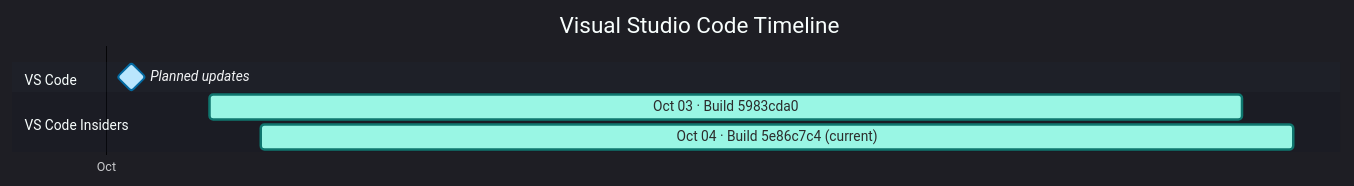
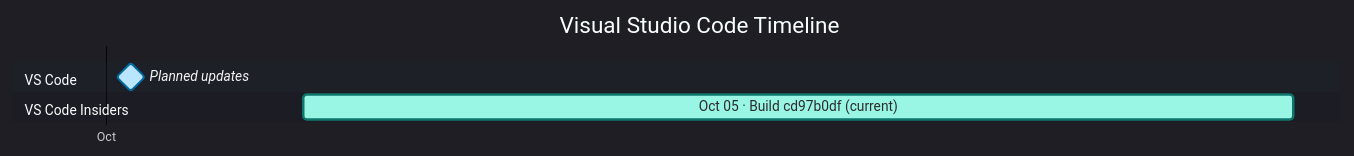
One commit to Oxelya-DevTools/VisualStudioUpdate changed the diagram in docs/vscode.md. Above: the diagram before and after it, drawn with Mermaid. The commit also changed other lines of this file and 1 other file, not shown here.

````diff
--- a/docs/vscode.md
+++ b/docs/vscode.md
@@ -9,13 +9,12 @@
 ```mermaid
 %%{init: {'theme':'dark','themeVariables': { 'fontFamily': 'Segoe UI', 'fontSize': '24px', 'textColor': '#F3F4F6', 'titleTextColor': '#FFFFFF', 'taskTextColor': '#111827', 'taskTextLightColor': '#111827', 'taskTextOutsideColor': '#F3F4F6', 'taskBkgColor': '#BAE6FD', 'taskBorderColor': '#0369A1', 'doneTaskBkgColor': '#E9D5FF', 'doneTaskBorderColor': '#7E22CE', 'activeTaskBkgColor': '#99F6E4', 'activeTaskBorderColor': '#0F766E', 'critTaskBkgColor': '#FED7AA', 'critTaskBorderColor': '#C2410C', 'sectionBkgColor': '#1F2937', 'altSectionBkgColor': '#111827', 'gridColor': '#4B5563', 'todayLineColor': '#F87171' }}}%%
 gantt
     title Visual Studio Code Timeline
     dateFormat  YYYY-MM-DD
     axisFormat  %b
     tickInterval 1month
     section VS Code
     Planned updates : milestone, vscodeplanned, 2026-10-01, 1d
     section VS Code Insiders
-    Oct 03 · Build 5983cda0 : active, vscodeinsiders202610030, 2026-10-03, 20d
-    Oct 04 · Build 5e86c7c4 (current) : active, vscodeinsiders202610041, 2026-10-04, 20d
+    Oct 05 · Build cd97b0df (current) : active, vscodeinsiders202610050, 2026-10-05, 20d
 ```
````
